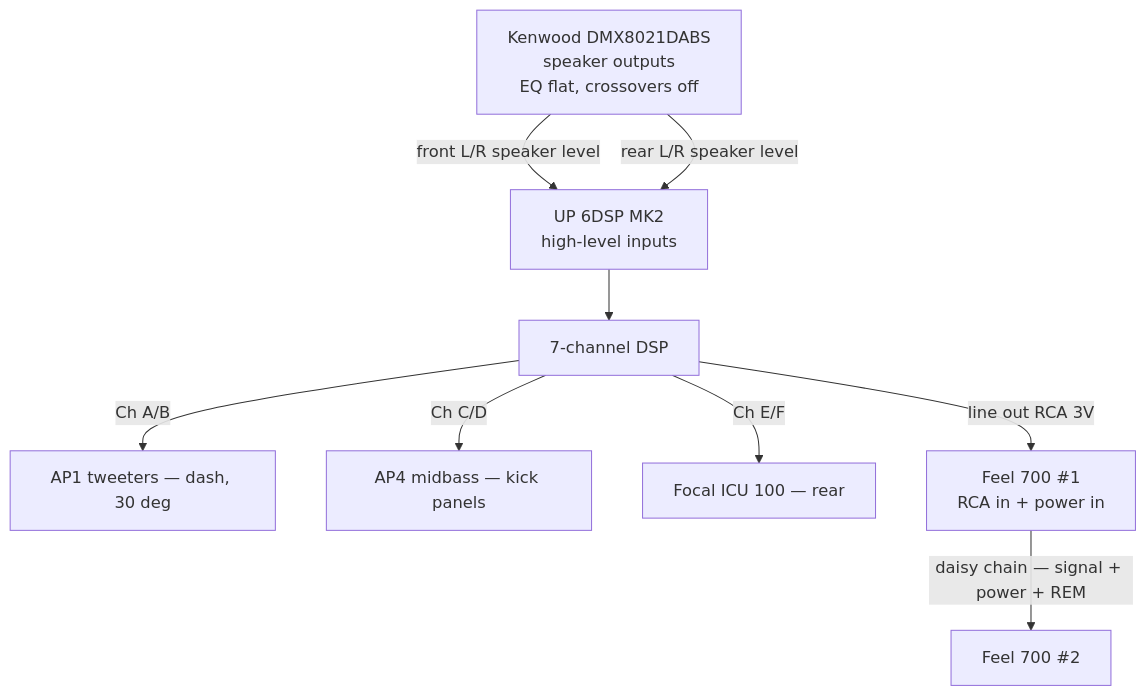
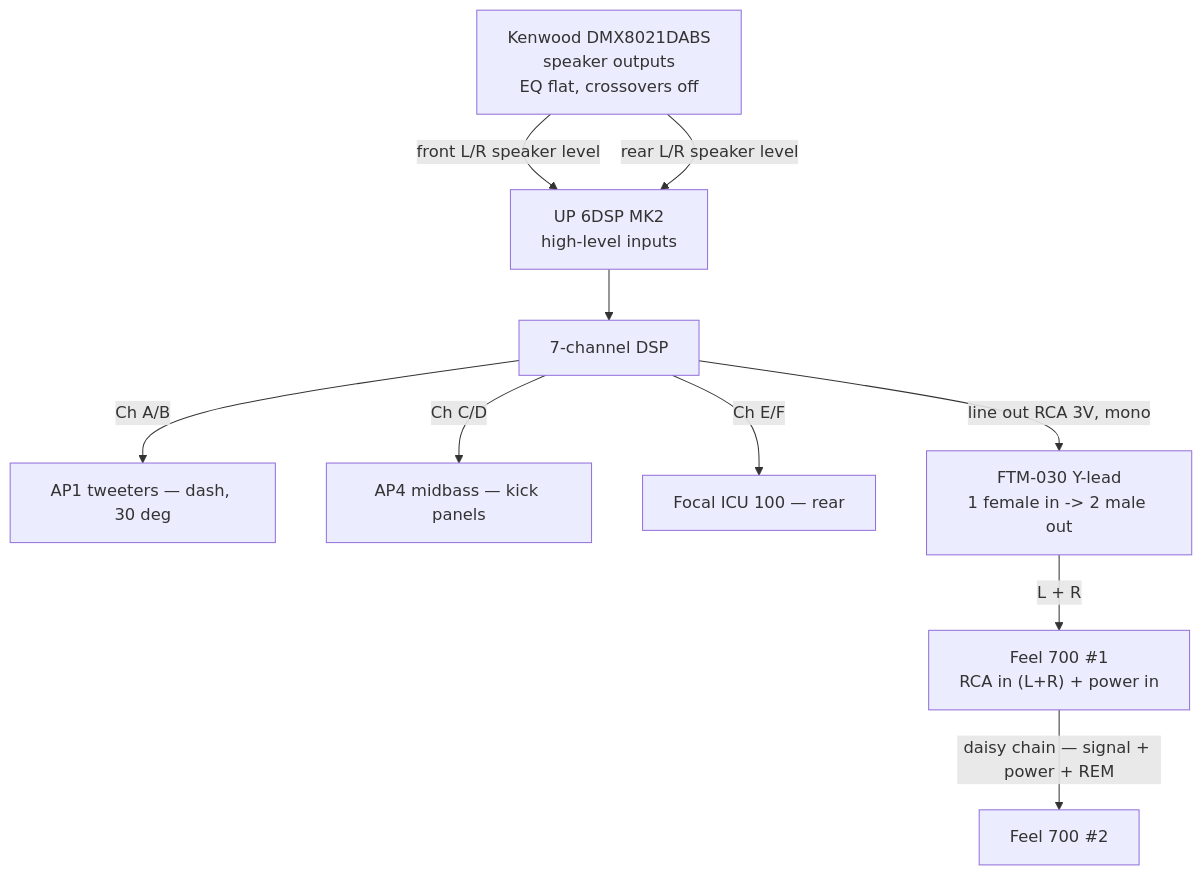
Before and after one commit to badsyntax/jimny-sound: the first of 2 diagrams in AUDIO-UPGRADE.md, drawn with Mermaid. The commit also changed other lines of this file, not shown here.

First line of the commit message:
Fix amp-to-sub RCA connection: add mono-to-stereo Y-lead

````diff
--- a/AUDIO-UPGRADE.md
+++ b/AUDIO-UPGRADE.md
@@ -73,12 +73,13 @@
 ```mermaid
 flowchart TD
     HU["Kenwood DMX8021DABS<br/>speaker outputs<br/>EQ flat, crossovers off"]
     HU -->|"front L/R speaker level"| HLIN["UP 6DSP MK2<br/>high-level inputs"]
     HU -->|"rear L/R speaker level"| HLIN
     HLIN --> DSP["7-channel DSP"]
     DSP -->|"Ch A/B"| TW["AP1 tweeters — dash, 30 deg"]
     DSP -->|"Ch C/D"| MID["AP4 midbass — kick panels"]
     DSP -->|"Ch E/F"| REAR["Focal ICU 100 — rear"]
-    DSP -->|"line out RCA 3V"| SUB1["Feel 700 #1<br/>RCA in + power in"]
+    DSP -->|"line out RCA 3V, mono"| YLEAD["FTM-030 Y-lead<br/>1 female in -> 2 male out"]
+    YLEAD -->|"L + R"| SUB1["Feel 700 #1<br/>RCA in (L+R) + power in"]
     SUB1 -->|"daisy chain — signal + power + REM"| SUB2["Feel 700 #2"]
 ```
````
